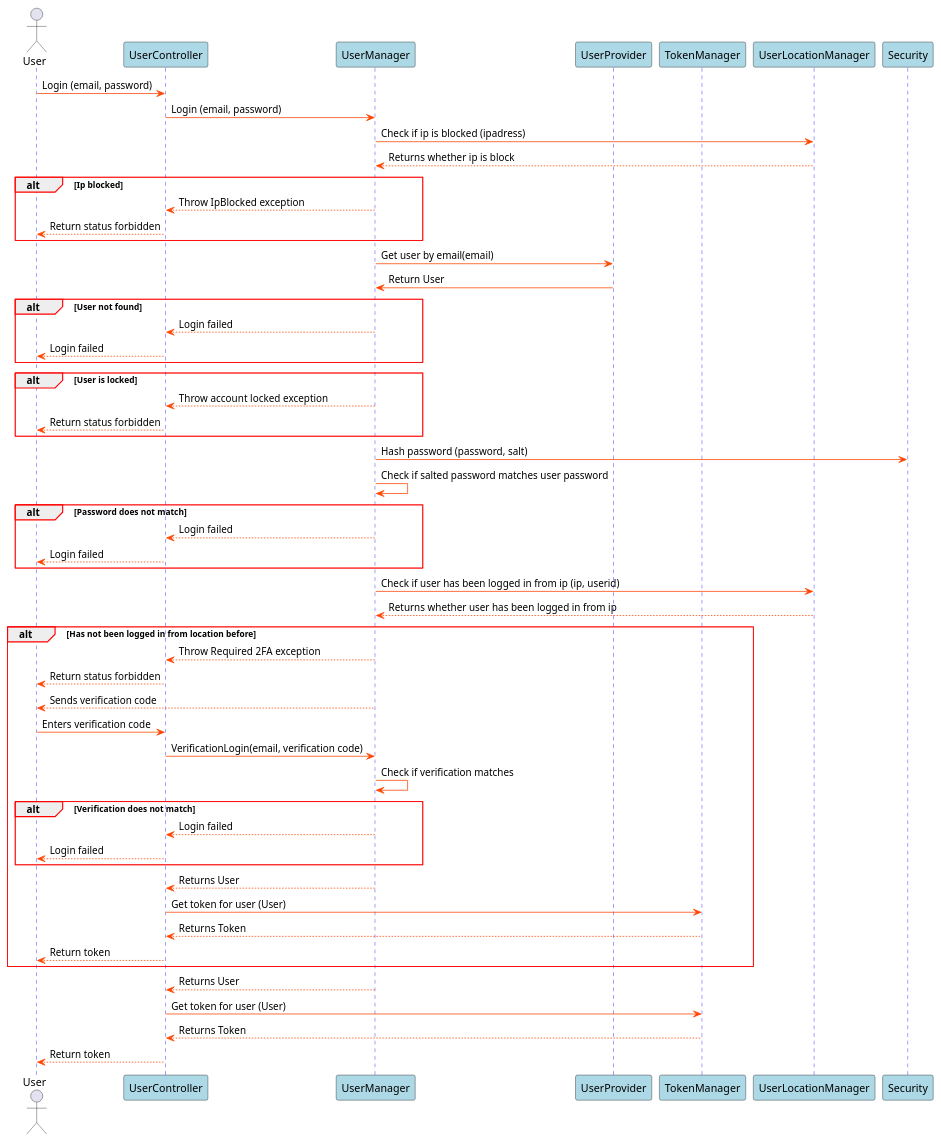
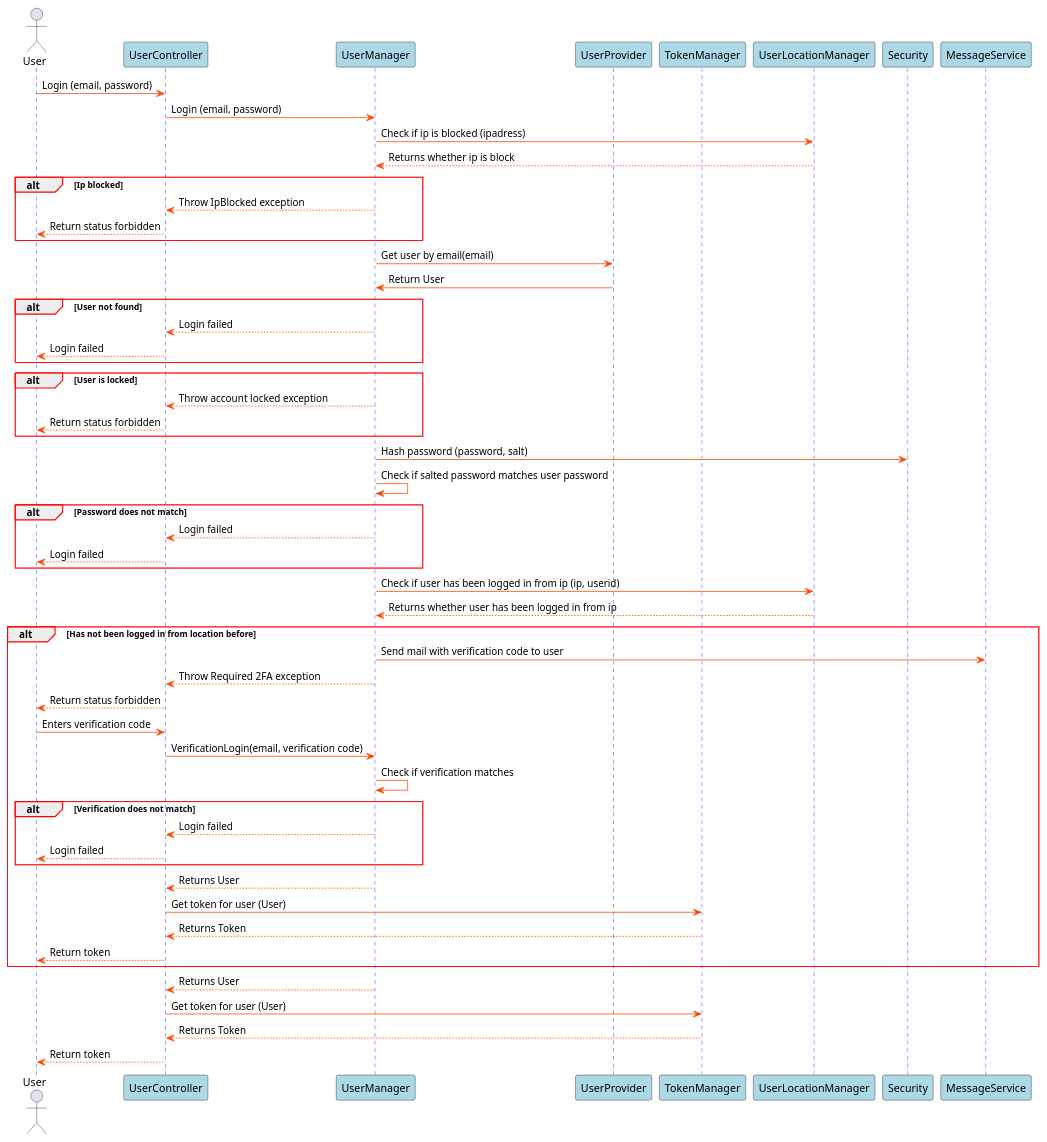
The diagram in Docs/SDDiagrams/LoginSD.plantuml (blackout1471/trust-us-school), drawn with PlantUML before and after one commit. The commit also changed 1 other file, not shown here.

```diff
--- a/Docs/SDDiagrams/LoginSD.plantuml
+++ b/Docs/SDDiagrams/LoginSD.plantuml
@@ -1,90 +1,90 @@
 @startuml Login SD
 
 skinparam sequence {
     GroupBorderColor red
     GroupBorderThickness 1
 
     ArrowColor orangered
 
     LifeLineBorderColor blue
 
     ParticipantBackgroundColor lightblue
 }
 
 actor User
 participant UserController
 participant UserManager
 participant UserProvider
 participant TokenManager
 participant UserLocationManager
 participant Security
 
 User->UserController: Login (email, password)
 UserController->UserManager: Login (email, password)
 UserManager->UserLocationManager: Check if ip is blocked (ipadress)
 UserLocationManager-->UserManager: Returns whether ip is block
 
 alt Ip blocked
 UserManager-->UserController: Throw IpBlocked exception
 UserController-->User: Return status forbidden
 end
 
 UserManager->UserProvider: Get user by email(email)
 UserProvider->UserManager: Return User
 
 
 alt User not found
 
 UserManager-->UserController: Login failed
 UserController-->User: Login failed
 
 end
 
 alt User is locked
 
 UserManager-->UserController: Throw account locked exception
 UserController-->User: Return status forbidden
 
 end
 
 UserManager->Security: Hash password (password, salt)
 UserManager->UserManager: Check if salted password matches user password
 
 alt Password does not match
 
 UserManager-->UserController: Login failed
 UserController-->User: Login failed
 
 end
 
 
 UserManager->UserLocationManager: Check if user has been logged in from ip (ip, userid)
 UserLocationManager-->UserManager: Returns whether user has been logged in from ip
 
 alt Has not been logged in from location before
 
+UserManager->MessageService: Send mail with verification code to user
 UserManager-->UserController: Throw Required 2FA exception
 UserController-->User: Return status forbidden
-UserManager-->User: Sends verification code
 User->UserController: Enters verification code
 UserController->UserManager: VerificationLogin(email, verification code)
 UserManager->UserManager: Check if verification matches
 alt Verification does not match
 
 UserManager-->UserController: Login failed
 UserController-->User: Login failed
 
 end
 UserManager-->UserController: Returns User
 UserController->TokenManager: Get token for user (User)
 TokenManager-->UserController: Returns Token
 UserController-->User: Return token
 end
 
 UserManager-->UserController: Returns User
 UserController->TokenManager: Get token for user (User)
 TokenManager-->UserController: Returns Token
 
 UserController-->User: Return token
 
 @enduml
```
